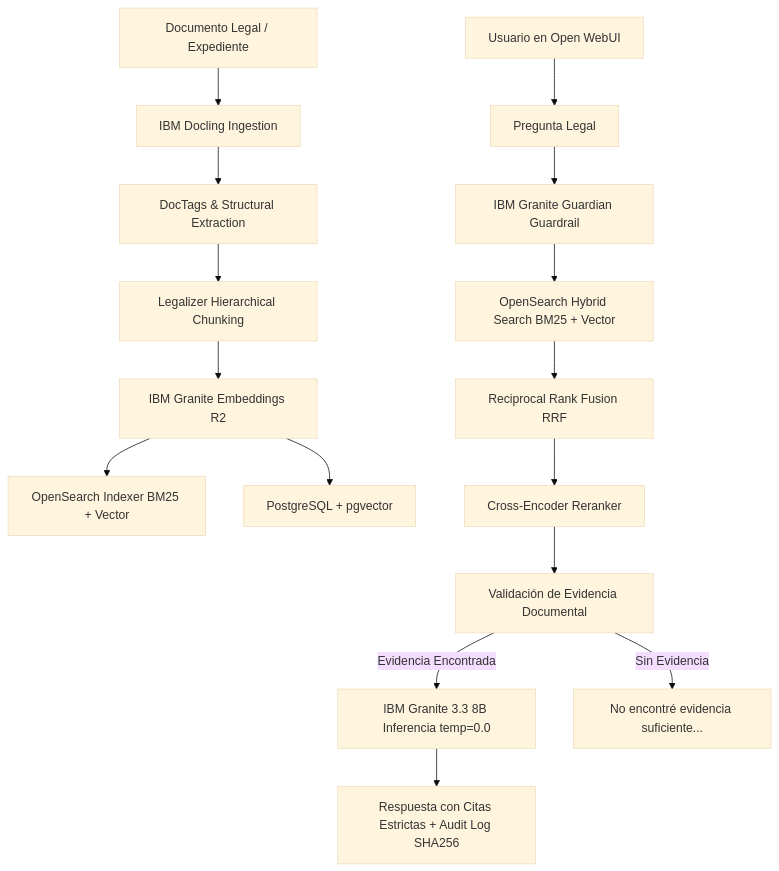
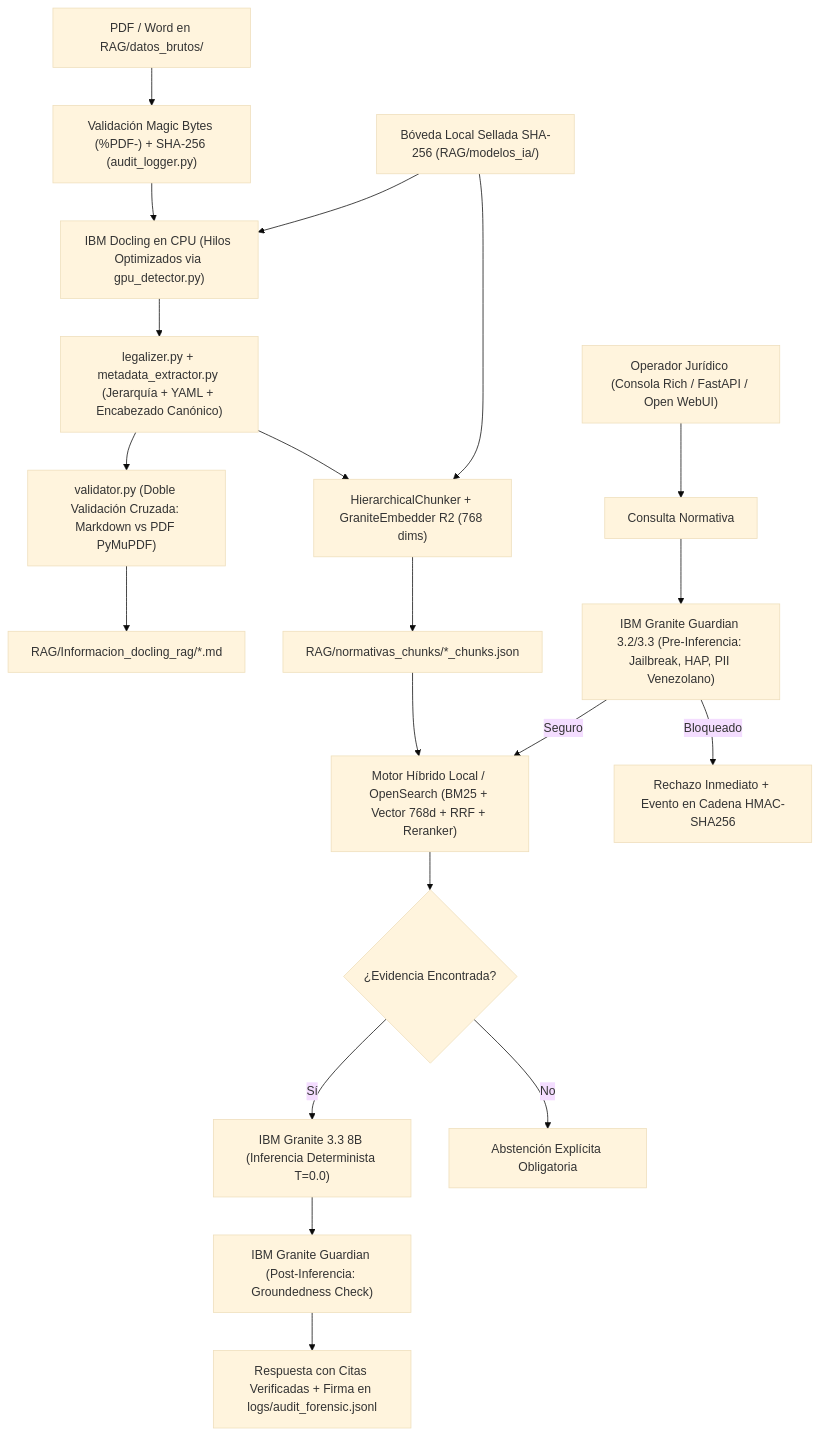
One commit to julljoll/JullBrain changed the first of 2 diagrams in docs/UML_DIAGRAMS.md. Above: the diagram before and after it, drawn with Mermaid (base theme). The commit also changed other lines of this file and 7 other files, not shown here.

Commit message:
docs(v0.2.0): actualizar manuales, diagramas UML, arquitectura y changelog con stack 100% IBM, Podman y Oracle Cloud

````diff
--- a/docs/UML_DIAGRAMS.md
+++ b/docs/UML_DIAGRAMS.md
@@ -7,19 +7,23 @@
 ```mermaid
 flowchart TD
-    A[Documento Legal / Expediente] --> B[IBM Docling Ingestion]
-    B --> C[DocTags & Structural Extraction]
-    C --> D[Legalizer Hierarchical Chunking]
-    D --> E[IBM Granite Embeddings R2]
-    E --> F[OpenSearch Indexer BM25 + Vector]
-    E --> G[PostgreSQL + pgvector]
+    A["PDF / Word en RAG/datos_brutos/"] --> B["Validación Magic Bytes (%PDF-) + SHA-256 (audit_logger.py)"]
+    B --> C["IBM Docling en CPU (Hilos Optimizados via gpu_detector.py)"]
+    V["Bóveda Local Sellada SHA-256 (RAG/modelos_ia/)"] --> C
+    C --> D["legalizer.py + metadata_extractor.py (Jerarquía + YAML + Encabezado Canónico)"]
+    D --> E["validator.py (Doble Validación Cruzada: Markdown vs PDF PyMuPDF)"]
+    E --> F["RAG/Informacion_docling_rag/*.md"]
+    D --> G["HierarchicalChunker + GraniteEmbedder R2 (768 dims)"]
+    V --> G
+    G --> H["RAG/normativas_chunks/*_chunks.json"]
+    H --> I["Motor Híbrido Local / OpenSearch (BM25 + Vector 768d + RRF + Reranker)"]
 
-    H[Usuario en Open WebUI] --> I[Pregunta Legal]
-    I --> J[IBM Granite Guardian Guardrail]
-    J --> K[OpenSearch Hybrid Search BM25 + Vector]
-    K --> L[Reciprocal Rank Fusion RRF]
-    L --> M[Cross-Encoder Reranker]
-    M --> N[Validación de Evidencia Documental]
-    N -->|Evidencia Encontrada| O[IBM Granite 3.3 8B Inferencia temp=0.0]
-    N -->|Sin Evidencia| P["No encontré evidencia suficiente..."]
-    O --> Q[Respuesta con Citas Estrictas + Audit Log SHA256]
+    J["Operador Jurídico (Consola Rich / FastAPI / Open WebUI)"] --> K["Consulta Normativa"]
+    K --> L["IBM Granite Guardian 3.2/3.3 (Pre-Inferencia: Jailbreak, HAP, PII Venezolano)"]
+    L -->|Seguro| I
+    L -->|Bloqueado| M["Rechazo Inmediato + Evento en Cadena HMAC-SHA256"]
+    I --> N{"¿Evidencia Encontrada?"}
+    N -->|Sí| O["IBM Granite 3.3 8B (Inferencia Determinista T=0.0)"]
+    N -->|No| P["Abstención Explícita Obligatoria"]
+    O --> Q["IBM Granite Guardian (Post-Inferencia: Groundedness Check)"]
+    Q --> R["Respuesta con Citas Verificadas + Firma en logs/audit_forensic.jsonl"]
 ```
````
